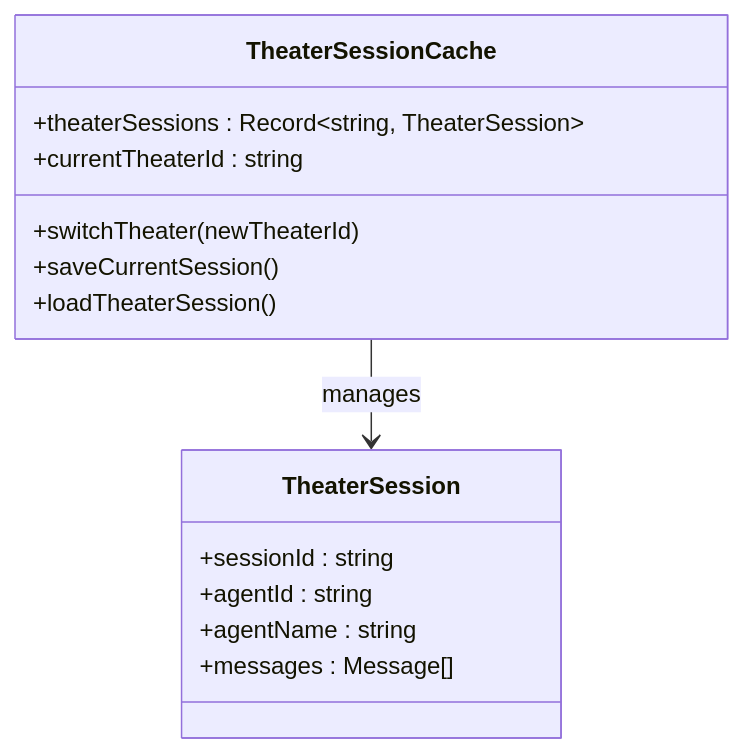
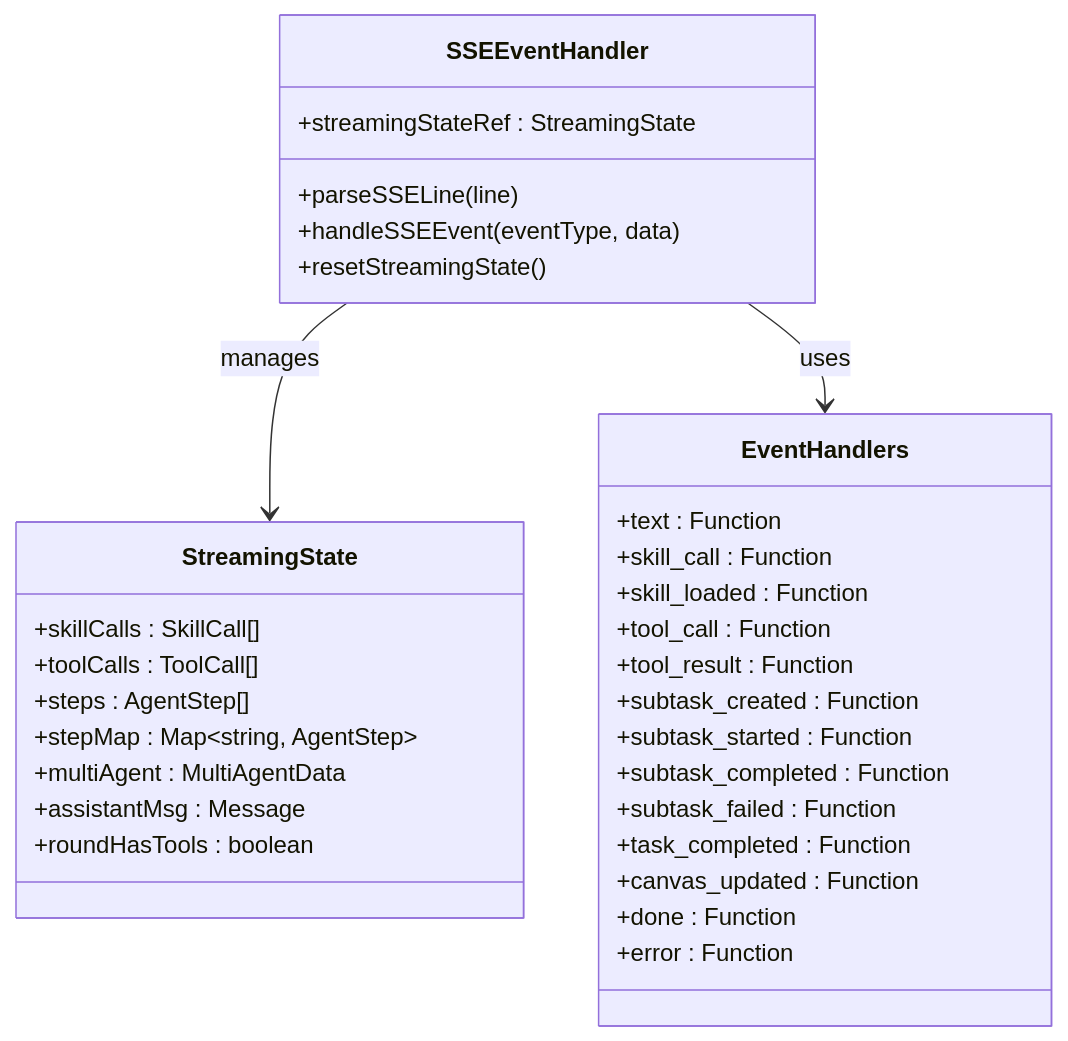
The eighth of 16 diagrams in .qoder/repowiki/zh/content/前端开发指南/AI助手面板增强.md (KunLabAI/KunFlix), drawn with Mermaid before and after one commit. The commit also changed other lines of this file and 12 other files, not shown here.

````diff
--- a/.qoder/repowiki/zh/content/前端开发指南/AI助手面板增强.md
+++ b/.qoder/repowiki/zh/content/前端开发指南/AI助手面板增强.md
@@ -300,17 +374,35 @@
 ```mermaid
 classDiagram
-class TheaterSessionCache {
-+theaterSessions : Record~string, TheaterSession~
-+currentTheaterId : string
-+switchTheater(newTheaterId)
-+saveCurrentSession()
-+loadTheaterSession()
+class SSEEventHandler {
++streamingStateRef : StreamingState
++parseSSELine(line)
++handleSSEEvent(eventType, data)
++resetStreamingState()
 }
-class TheaterSession {
-+sessionId : string
-+agentId : string
-+agentName : string
-+messages : Message[]
+class StreamingState {
++skillCalls : SkillCall[]
++toolCalls : ToolCall[]
++steps : AgentStep[]
++stepMap : Map~string, AgentStep~
++multiAgent : MultiAgentData
++assistantMsg : Message
++roundHasTools : boolean
 }
-TheaterSessionCache --> TheaterSession : manages
+class EventHandlers {
++text : Function
++skill_call : Function
++skill_loaded : Function
++tool_call : Function
++tool_result : Function
++subtask_created : Function
++subtask_started : Function
++subtask_completed : Function
++subtask_failed : Function
++task_completed : Function
++canvas_updated : Function
++done : Function
++error : Function
+}
+SSEEventHandler --> StreamingState : manages
+SSEEventHandler --> EventHandlers : uses
 ```
````
